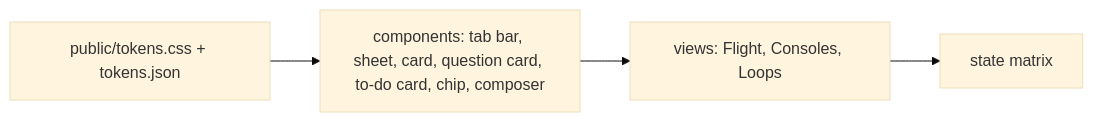
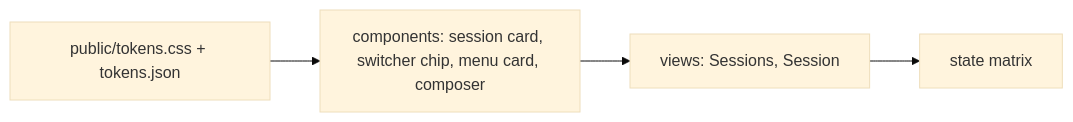
The diagram in tools/app/DESIGN.md (sultanassi95/mission-control), drawn with Mermaid (base theme) before and after one commit. The commit also changed other lines of this file and 22 other files, not shown here.

````diff
--- a/tools/app/DESIGN.md
+++ b/tools/app/DESIGN.md
@@ -3,6 +3,6 @@
 ```mermaid
 flowchart LR
-  T[public/tokens.css + tokens.json] --> C[components: tab bar, sheet, card, question card, to-do card, chip, composer]
-  C --> V[views: Flight, Consoles, Loops]
+  T[public/tokens.css + tokens.json] --> C[components: session card, switcher chip, menu card, composer]
+  C --> V[views: Sessions, Session]
   V --> S[state matrix]
 ```
````
